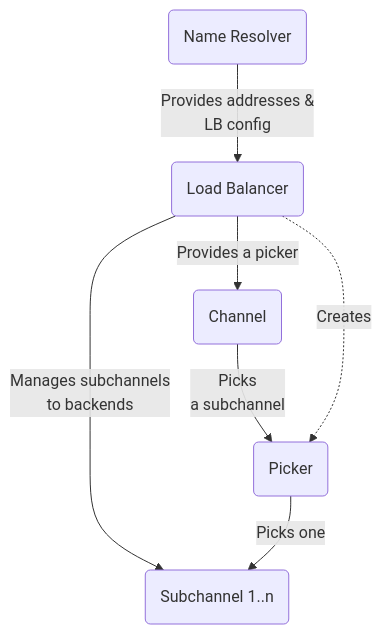
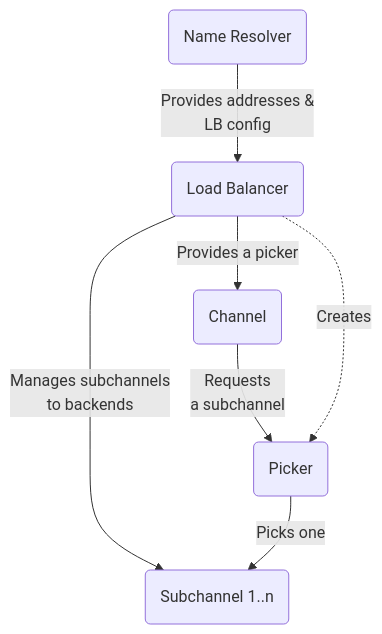
The diagram in content/en/docs/guides/custom-load-balancing.md (grpc/grpc.io), drawn with Mermaid before and after one commit.

Commit message:
"Request a subchannel" instead of "Pick"

````diff
--- a/content/en/docs/guides/custom-load-balancing.md
+++ b/content/en/docs/guides/custom-load-balancing.md
@@ -47,9 +47,9 @@
 ```mermaid
 flowchart TD
 NR(Name Resolver) -->|Provides addresses &\nLB config| LB(Load Balancer)
 LB --> |Provides a picker| C(Channel)
-C -->|Picks\na subchannel| P(Picker)
+C -->|Requests\na subchannel| P(Picker)
 LB --> |Manages subchannels\nto backends| SC(Subchannel 1..n)
 LB -. Creates .-> P
 P --> |Picks one| SC
 ```
````
